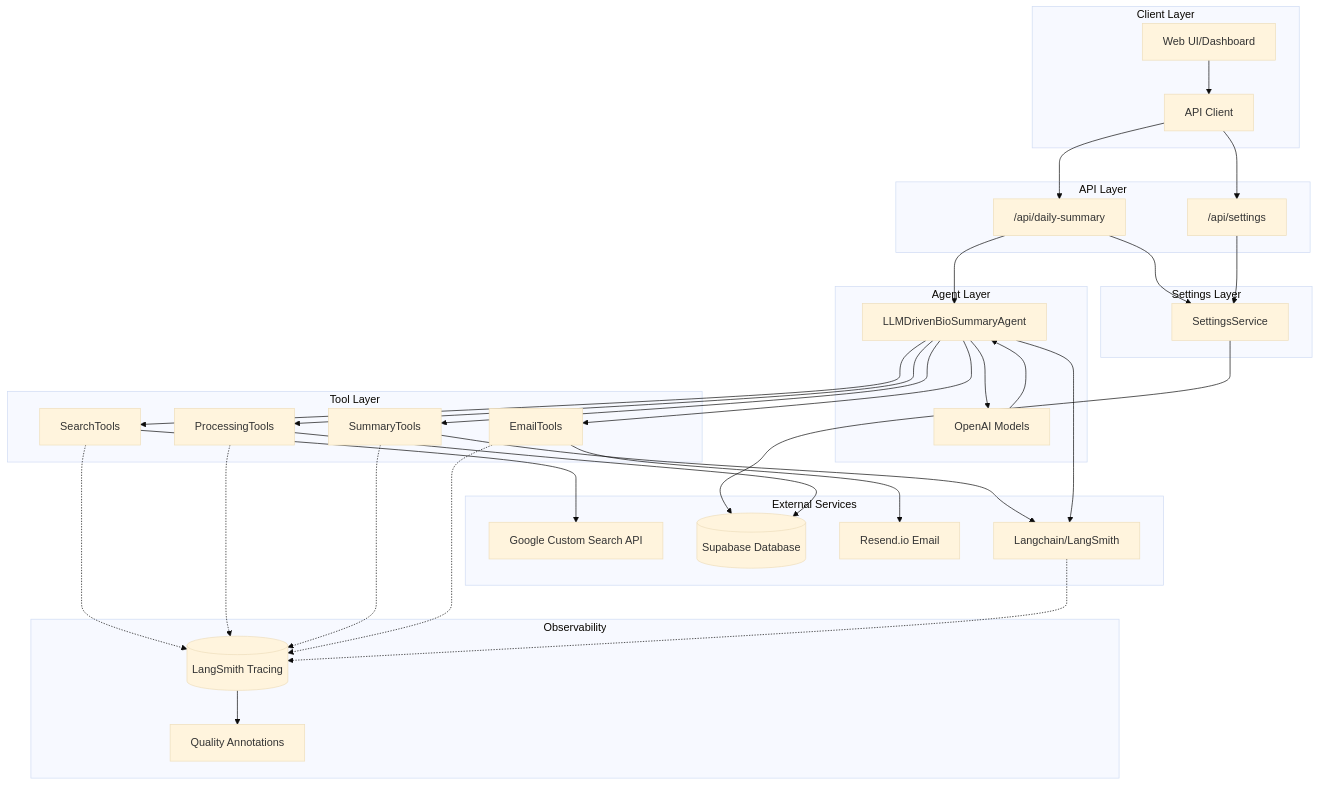
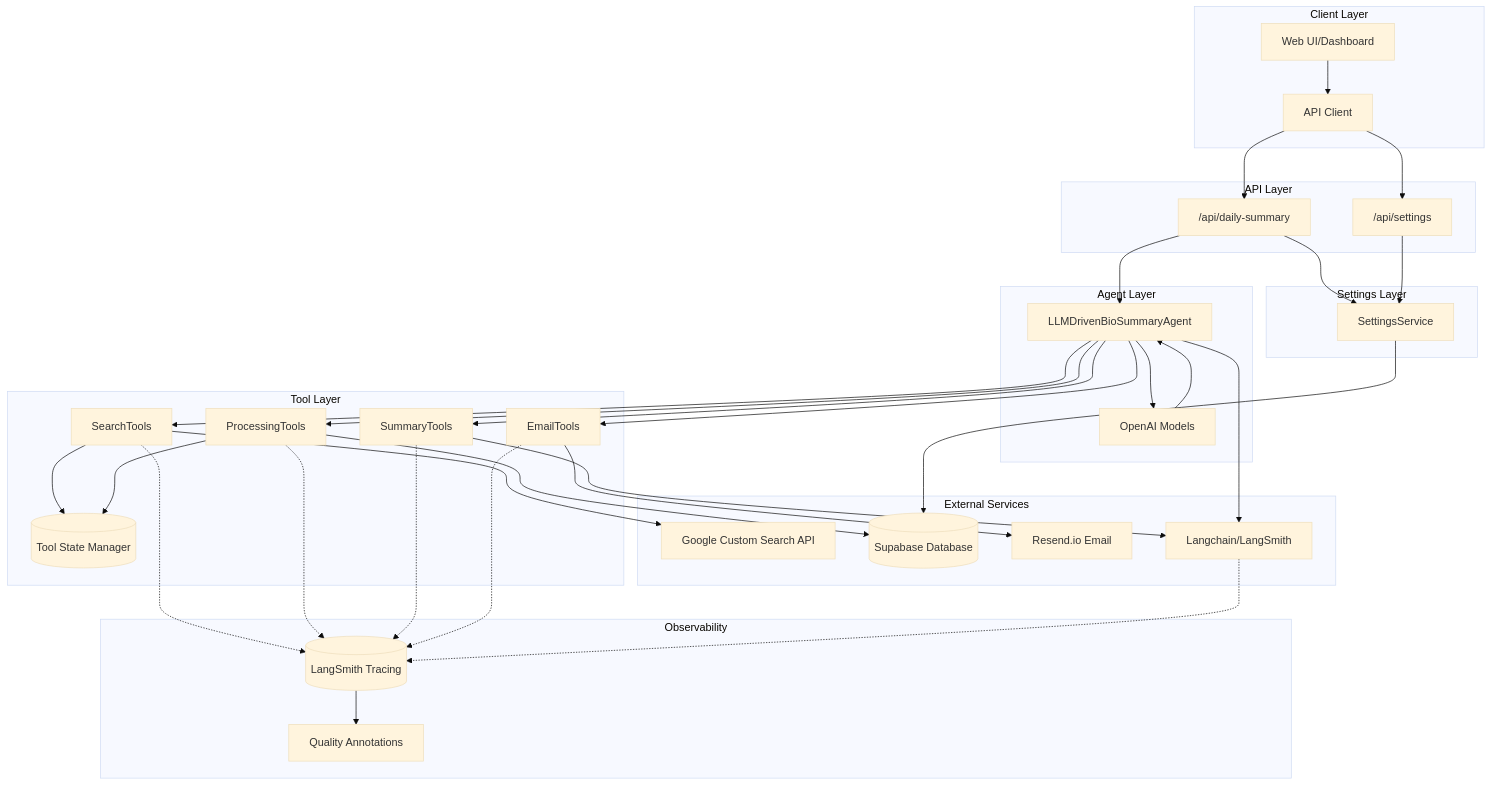
The first of 6 diagrams in ABS V2 - Architecture Spec.md (ashtekar/agent-bio-summary-v2), drawn with Mermaid (base theme) before and after one commit. The commit also changed other lines of this file and 4 other files, not shown here.

````diff
--- a/ABS V2 - Architecture Spec.md
+++ b/ABS V2 - Architecture Spec.md
@@ -5,69 +5,72 @@
 ```mermaid
 graph TB
     subgraph "Client Layer"
         UI[Web UI/Dashboard]
         API_CLIENT[API Client]
     end
     
     subgraph "API Layer"
         API_ROUTE["/api/daily-summary"]
         SETTINGS_API["/api/settings"]
     end
     
     subgraph "Agent Layer"
         LLM_AGENT[LLMDrivenBioSummaryAgent]
         OPENAI[OpenAI Models]
     end
     
     subgraph "Settings Layer"
         SETTINGS_SERVICE[SettingsService]
     end
     
     subgraph "Tool Layer"
         SEARCH_TOOLS[SearchTools]
         PROCESSING_TOOLS[ProcessingTools]
         SUMMARY_TOOLS[SummaryTools]
         EMAIL_TOOLS[EmailTools]
+        TOOL_STATE[("Tool State Manager")]
     end
     
     subgraph "External Services"
         GOOGLE_SEARCH[Google Custom Search API]
         SUPABASE[("Supabase Database")]
         RESEND[Resend.io Email]
         LANGCHAIN[Langchain/LangSmith]
     end
     
     subgraph "Observability"
         LANGSMITH[("LangSmith Tracing")]
         ANNOTATIONS[Quality Annotations]
     end
     
     UI --> API_CLIENT
     API_CLIENT --> API_ROUTE
     API_CLIENT --> SETTINGS_API
     API_ROUTE --> SETTINGS_SERVICE
     SETTINGS_API --> SETTINGS_SERVICE
     SETTINGS_SERVICE --> SUPABASE
     API_ROUTE --> LLM_AGENT
     LLM_AGENT --> OPENAI
     OPENAI --> LLM_AGENT
     
     LLM_AGENT --> SEARCH_TOOLS
     LLM_AGENT --> PROCESSING_TOOLS
     LLM_AGENT --> SUMMARY_TOOLS
     LLM_AGENT --> EMAIL_TOOLS
     
     SEARCH_TOOLS --> GOOGLE_SEARCH
+    SEARCH_TOOLS --> TOOL_STATE
+    PROCESSING_TOOLS --> TOOL_STATE
     PROCESSING_TOOLS --> SUPABASE
     SUMMARY_TOOLS --> LANGCHAIN
     EMAIL_TOOLS --> RESEND
     
     LLM_AGENT --> LANGCHAIN
     
     SEARCH_TOOLS -.-> LANGSMITH
     PROCESSING_TOOLS -.-> LANGSMITH
     SUMMARY_TOOLS -.-> LANGSMITH
     EMAIL_TOOLS -.-> LANGSMITH
     LANGCHAIN -.-> LANGSMITH
     LANGSMITH --> ANNOTATIONS
 ```
````
